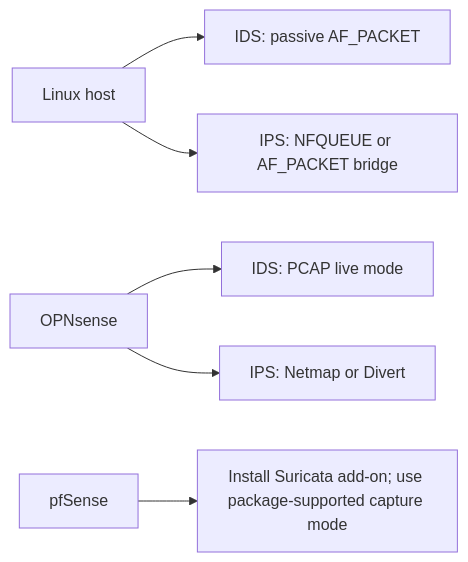
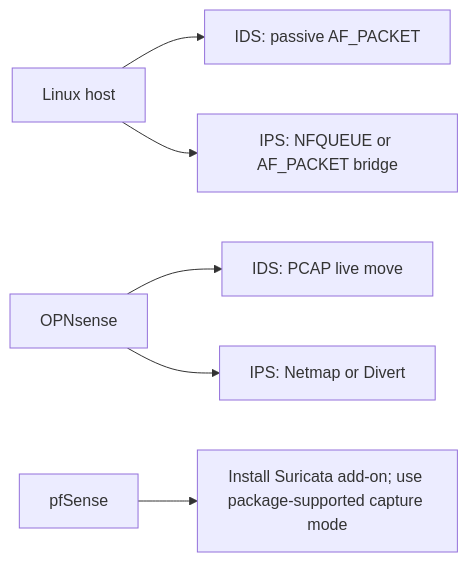
The diagram in IncidentResponse/IDS&IPS/suricata+zeek.md (Pnwcomputers/ULTIMATE-CYBERSECURITY-MASTER-GUIDE), drawn with Mermaid before and after one commit. The commit also changed other lines of this file, not shown here.

Commit message:
Match OPNsense IDS mode terminology

````diff
--- a/IncidentResponse/IDS&IPS/suricata+zeek.md
+++ b/IncidentResponse/IDS&IPS/suricata+zeek.md
@@ -197,8 +197,8 @@
 ```mermaid
 flowchart LR
     A[Linux host] --> B[IDS: passive AF_PACKET]
     A --> C[IPS: NFQUEUE or AF_PACKET bridge]
-    D[OPNsense] --> E[IDS: PCAP live mode]
+    D[OPNsense] --> E[IDS: PCAP live move]
     D --> F[IPS: Netmap or Divert]
     G[pfSense] --> H[Install Suricata add-on; use package-supported capture mode]
 ```
````
